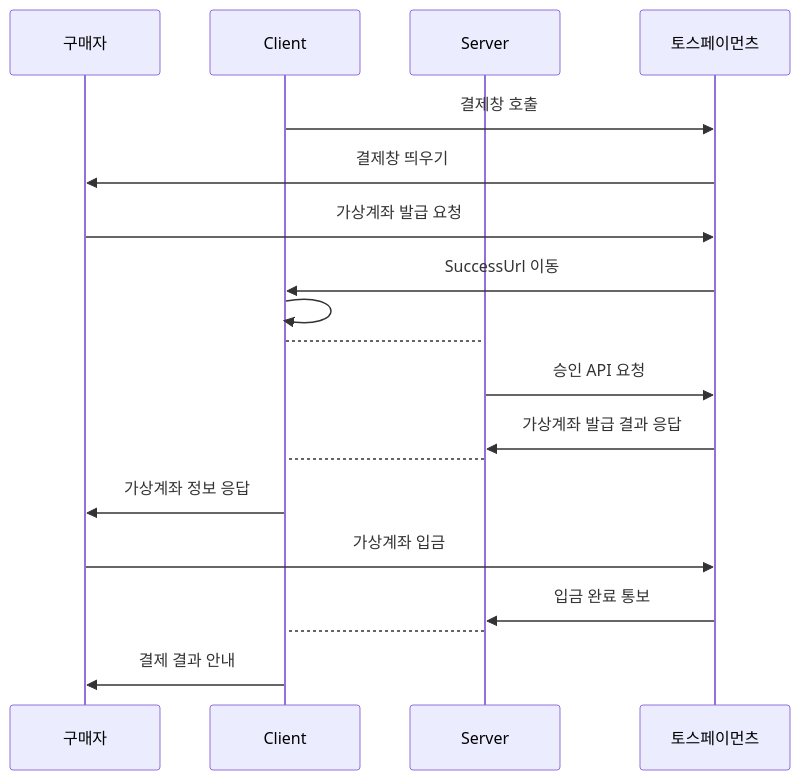
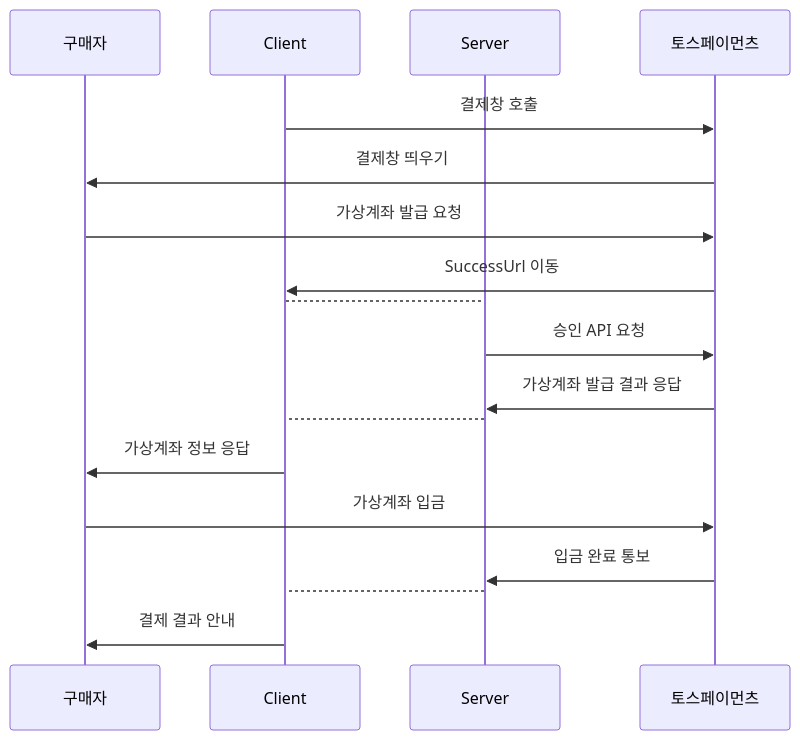
One commit to sumin2eee/NBE2_2_Team6 changed the sixth of 6 diagrams in README.md. Above: the diagram before and after it, drawn with Mermaid.

````diff
--- a/README.md
+++ b/README.md
@@ -126,24 +126,25 @@
 ```mermaid
 sequenceDiagram
     participant Buyer as 구매자
     participant Client
     participant Server
     participant PaymentGateway as 토스페이먼츠
 
     Client->>PaymentGateway: 결제창 호출
     PaymentGateway->>Buyer: 결제창 띄우기
     Buyer->>PaymentGateway: 가상계좌 발급 요청
     PaymentGateway->>Client: SuccessUrl 이동 
-        Client->>Client:
+
+
         Client-->Server: 
         Server->>PaymentGateway: 승인 API 요청 
    
         PaymentGateway->>Server: 가상계좌 발급 결과 응답
         Server-->Client: 
    
     Client->>Buyer: 가상계좌 정보 응답 
     Buyer->>PaymentGateway: 가상계좌 입금
     PaymentGateway->>Server: 입금 완료 통보
     Server-->Client: 
     Client->>Buyer: 결제 결과 안내
 ```
````
